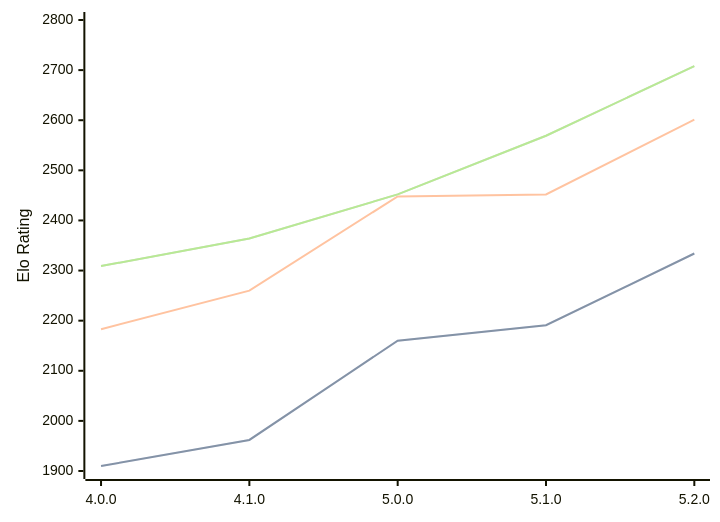
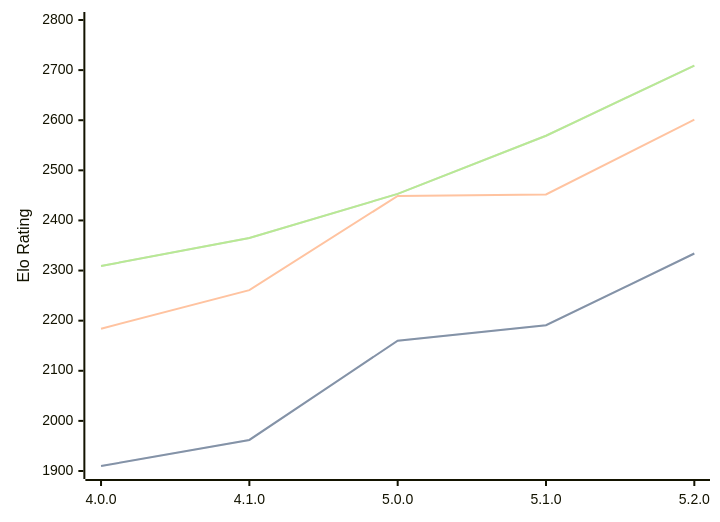
The diagram in engines/Aconcagua.md (computer-chess-index/cci), drawn with Mermaid before and after one commit. The commit also changed other lines of this file, not shown here.

Commit message:
Update CCI Ratings (ELO VLTC) - 2026-09-07

````diff
--- a/engines/Aconcagua.md
+++ b/engines/Aconcagua.md
@@ -35,11 +35,11 @@
 ```mermaid
 %%{init: {"theme":"base","themeVariables":{"seriesColors:['#a3a3a3','#222221','#faa371']}}}%%
 xychart-beta
   x-axis ["4.0.0", "4.1.0", "5.0.0", "5.1.0", "5.2.0"]
   y-axis "Elo Rating" 1900 --> 2800
   line "" [1910, 1962, 2160, 2191, 2334]
   line "STC (8.0+0.08s)" [1910, 1962, 2160, 2191, 2334]
-  line "LTC (60.0+0.60s)" [2183, 2260, 2448, 2452, 2601]
-  line "" [2309, 2364, 2452, 2569, 2708]
-  line "VLTC (2m24s+1.12s)" [2309, 2364, 2452, 2569, 2708]
+  line "LTC (60.0+0.60s)" [2184, 2261, 2449, 2452, 2601]
+  line "" [2309, 2365, 2453, 2569, 2709]
+  line "VLTC (2m24s+1.12s)" [2309, 2365, 2453, 2569, 2709]
 ```
````
